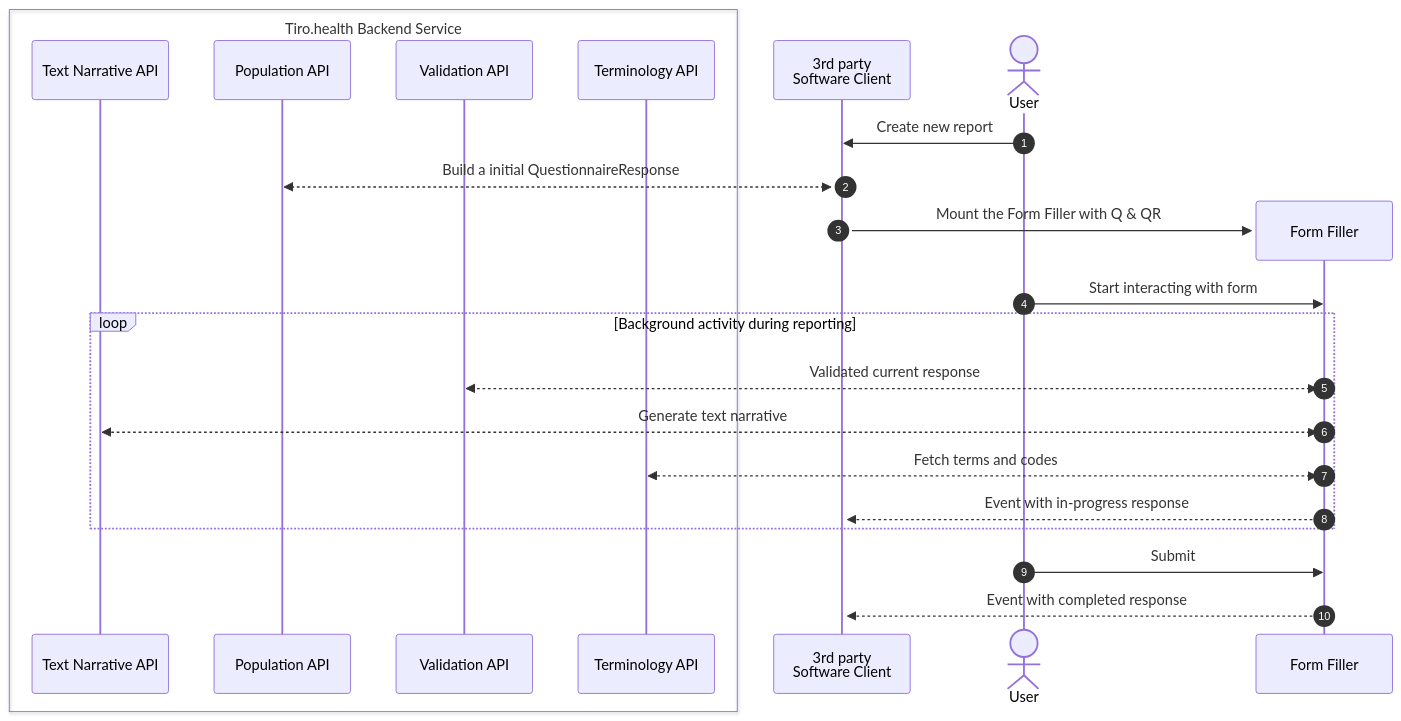
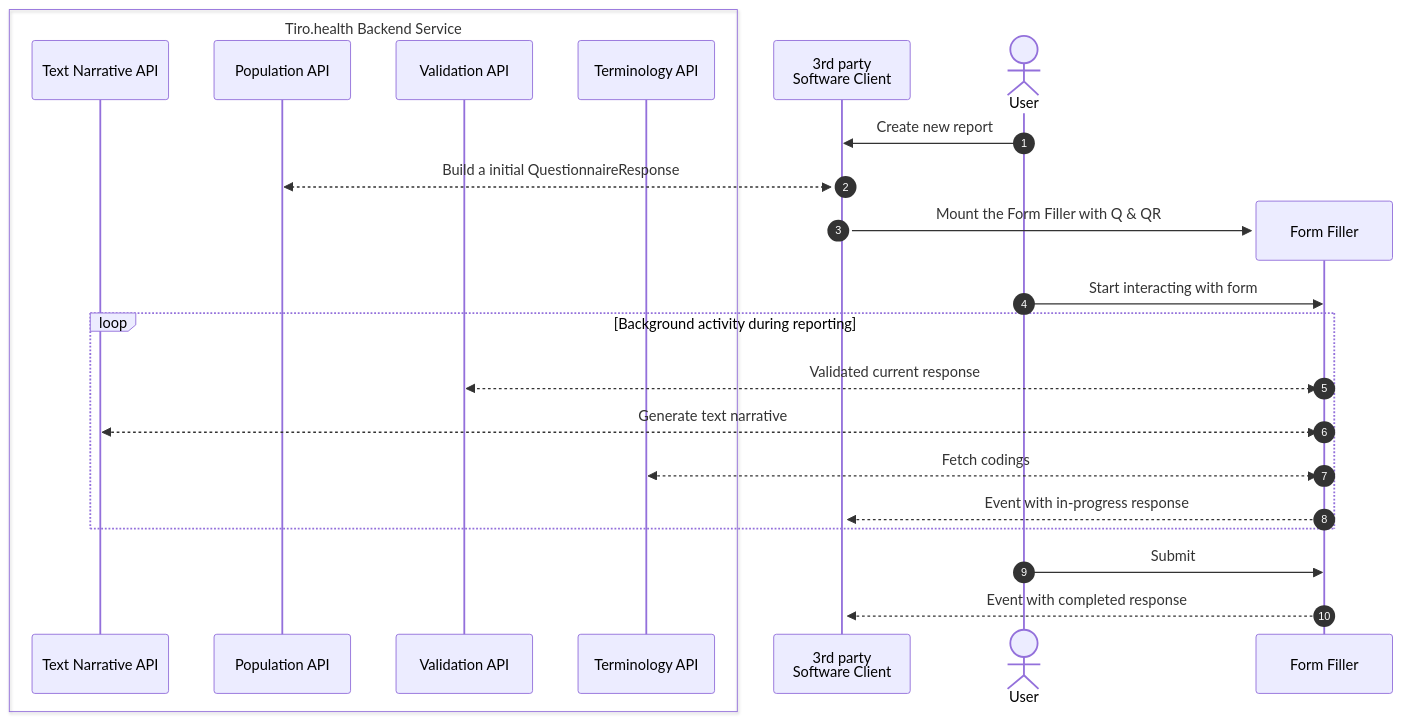
Before and after one commit to Tiro-health/atticus-docs: the second of 2 diagrams in src/app/form-sdk/page.mdx, drawn with Mermaid. The commit also changed other lines of this file and 6 other files, not shown here.

````diff
--- a/src/app/form-sdk/page.mdx
+++ b/src/app/form-sdk/page.mdx
@@ -79,26 +79,26 @@
 ```mermaid
 sequenceDiagram
 	autonumber
 	box Tiro.health Backend Service
 	participant text as Text Narrative API
 	participant pop as Population API
 	participant val as Validation API
 	participant tx as Terminology API
 	end
 	participant client as 3rd party <br/> Software Client
 	actor User
 	User ->> client: Create new report
 	activate client
 	client <<-->> pop: Build a initial QuestionnaireResponse
 	create participant ff as Form Filler
 	client ->> ff: Mount the Form Filler with Q & QR
 	User ->> ff: Start interacting with form
 	loop Background activity during reporting
 	ff <<-->>	val: Validated current response
 	ff <<-->> text: Generate text narrative
-	ff <<-->> tx: Fetch terms and codes
+	ff <<-->> tx: Fetch codings
 	ff -->> client: Event with in-progress response
 	end
 	User ->> ff: Submit
 	ff -->> client: Event with completed response
 ```
````
